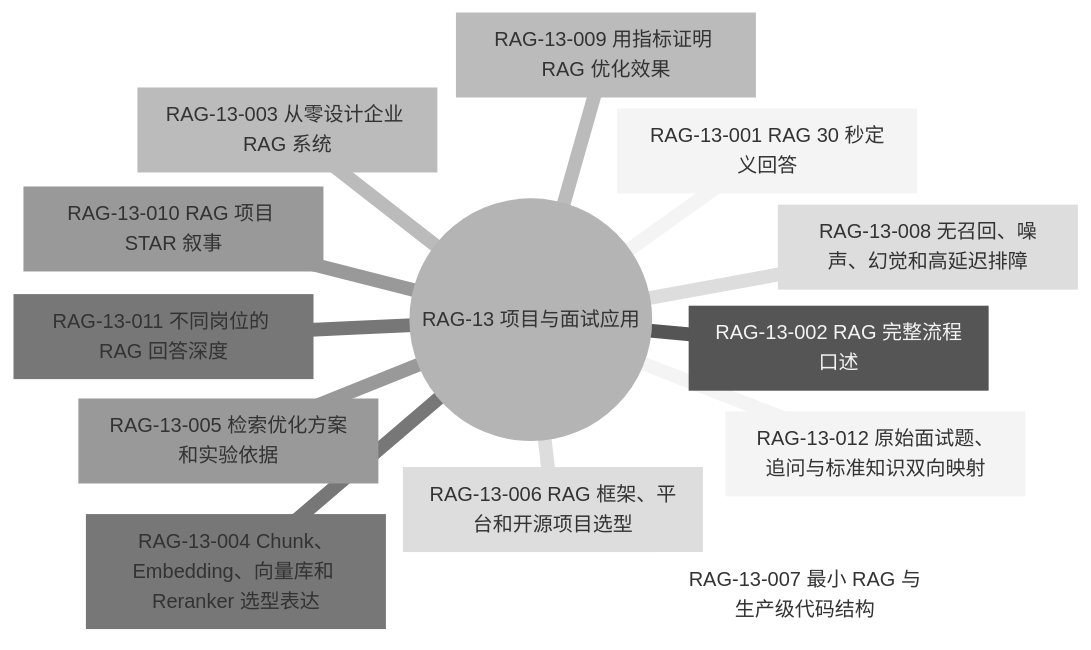
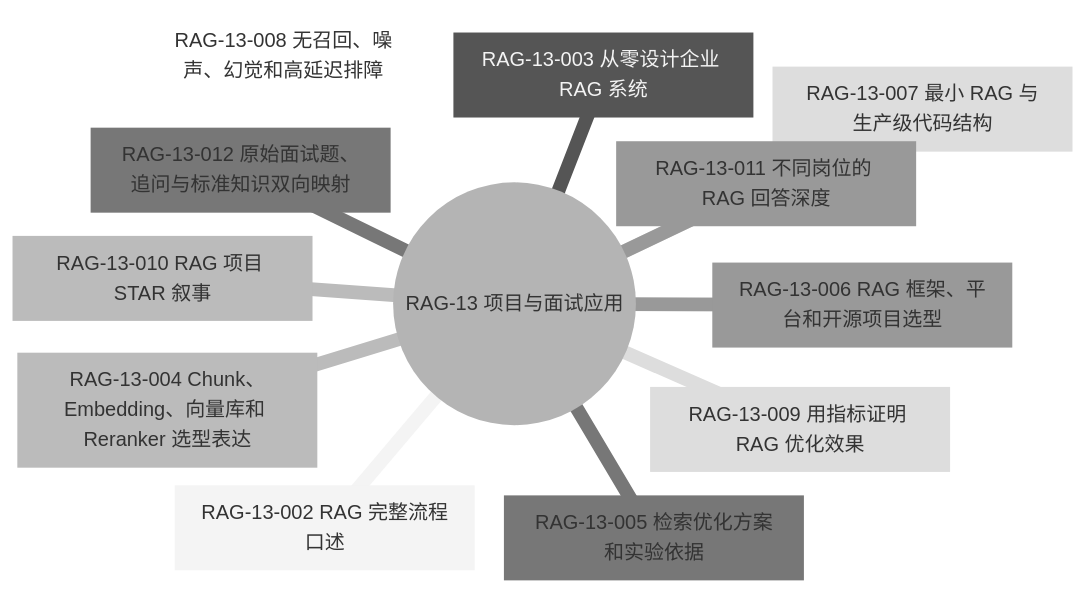
The diagram in learning/rag/draft-modules/rag-13.md (SodaWWater/AI-Learn), drawn with Mermaid (neutral theme) before and after one commit. The commit also changed other lines of this file and 26 other files, not shown here.

````diff
--- a/learning/rag/draft-modules/rag-13.md
+++ b/learning/rag/draft-modules/rag-13.md
@@ -5,16 +5,15 @@
 ```mermaid
 mindmap
   root(("RAG-13 项目与面试应用"))
-    RAG_13_001["RAG-13-001 RAG 30 秒定义回答"]
     RAG_13_002["RAG-13-002 RAG 完整流程口述"]
     RAG_13_003["RAG-13-003 从零设计企业 RAG 系统"]
     RAG_13_004["RAG-13-004 Chunk、Embedding、向量库和 Reranker 选型表达"]
     RAG_13_005["RAG-13-005 检索优化方案和实验依据"]
     RAG_13_006["RAG-13-006 RAG 框架、平台和开源项目选型"]
     RAG_13_007["RAG-13-007 最小 RAG 与生产级代码结构"]
     RAG_13_008["RAG-13-008 无召回、噪声、幻觉和高延迟排障"]
     RAG_13_009["RAG-13-009 用指标证明 RAG 优化效果"]
     RAG_13_010["RAG-13-010 RAG 项目 STAR 叙事"]
     RAG_13_011["RAG-13-011 不同岗位的 RAG 回答深度"]
     RAG_13_012["RAG-13-012 原始面试题、追问与标准知识双向映射"]
 ```
````
